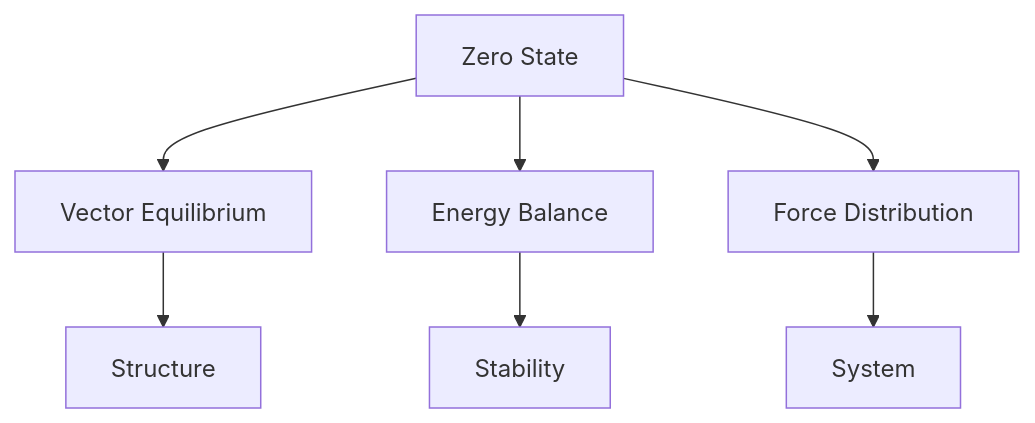
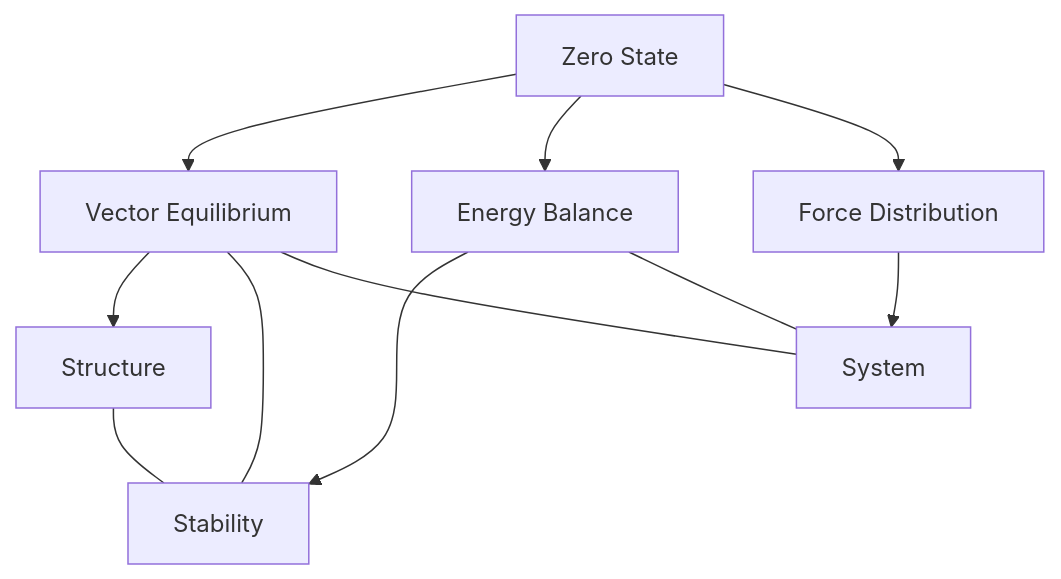
Before and after one commit to docxology/School_of_Tomorrow: the second of 6 diagrams in formalisms/numbers/0.md, drawn with Mermaid. The commit also changed other lines of this file and 9311 other files, not shown here.

````diff
--- a/formalisms/numbers/0.md
+++ b/formalisms/numbers/0.md
@@ -98,9 +98,14 @@
 ```mermaid
 graph TD
     A[Zero State] --> B[Vector Equilibrium]
     A --> C[Energy Balance]
     A --> D[Force Distribution]
     B --> E[Structure]
     C --> F[Stability]
     D --> G[System]
+    
+    B --- F
+    B --- G
+    C --- G
+    E --- F
 ```
````
